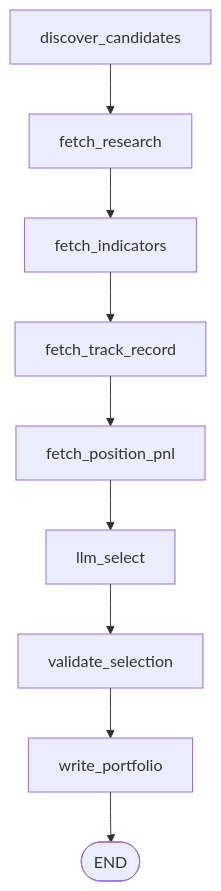
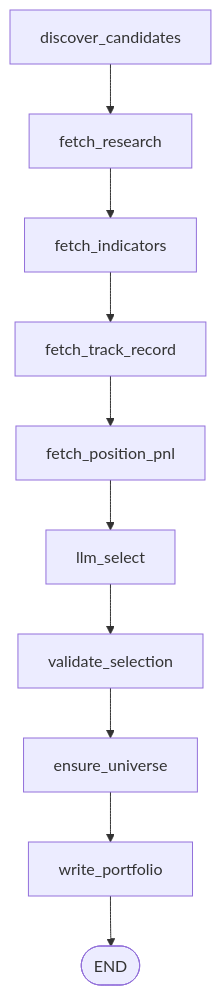
One commit to miramar-labs/alpaca-options-trading-agents changed the first of 2 diagrams in docs/architecture.md. Above: the diagram before and after it, drawn with Mermaid. The commit also changed other lines of this file and 4 other files, not shown here.

````diff
--- a/docs/architecture.md
+++ b/docs/architecture.md
@@ -108,11 +109,12 @@
 ```mermaid
 flowchart TD
     A[discover_candidates] --> B[fetch_research]
     B --> C[fetch_indicators]
     C --> C2[fetch_track_record]
     C2 --> C3[fetch_position_pnl]
     C3 --> D[llm_select]
     D --> E[validate_selection]
-    E --> F[write_portfolio]
+    E --> E2[ensure_universe]
+    E2 --> F[write_portfolio]
     F --> G([END])
 ```
````
